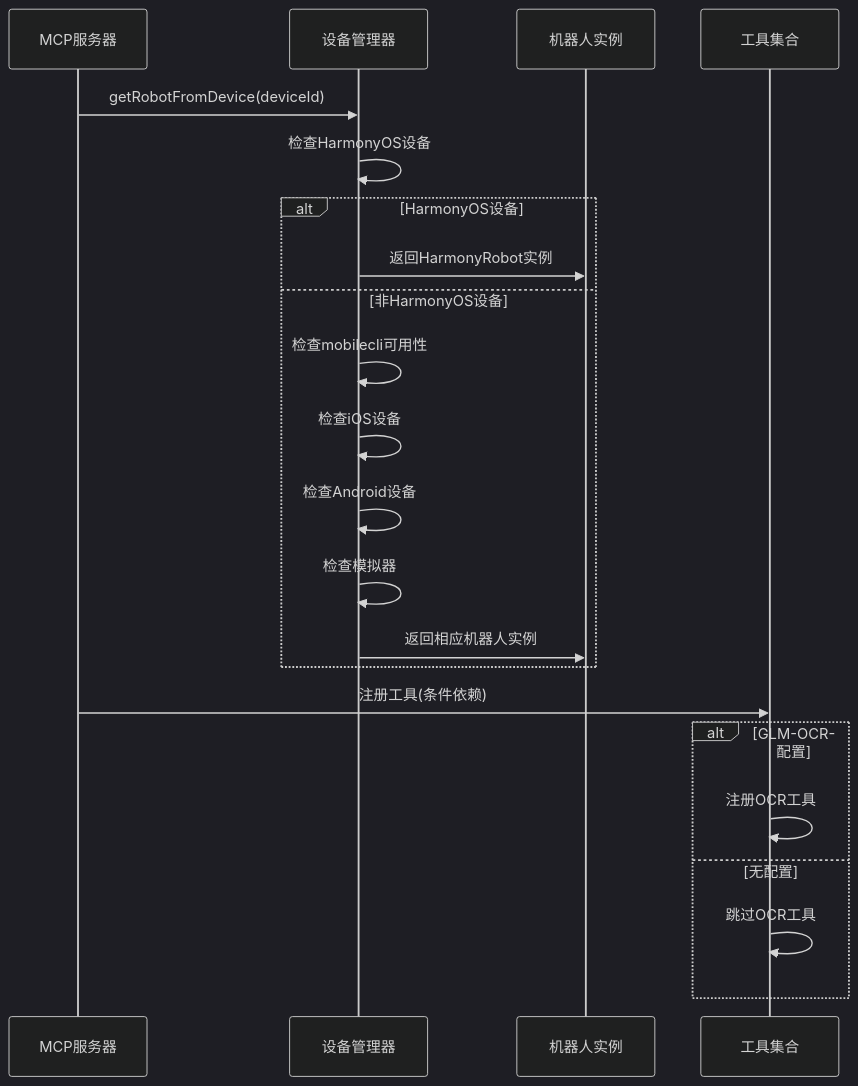
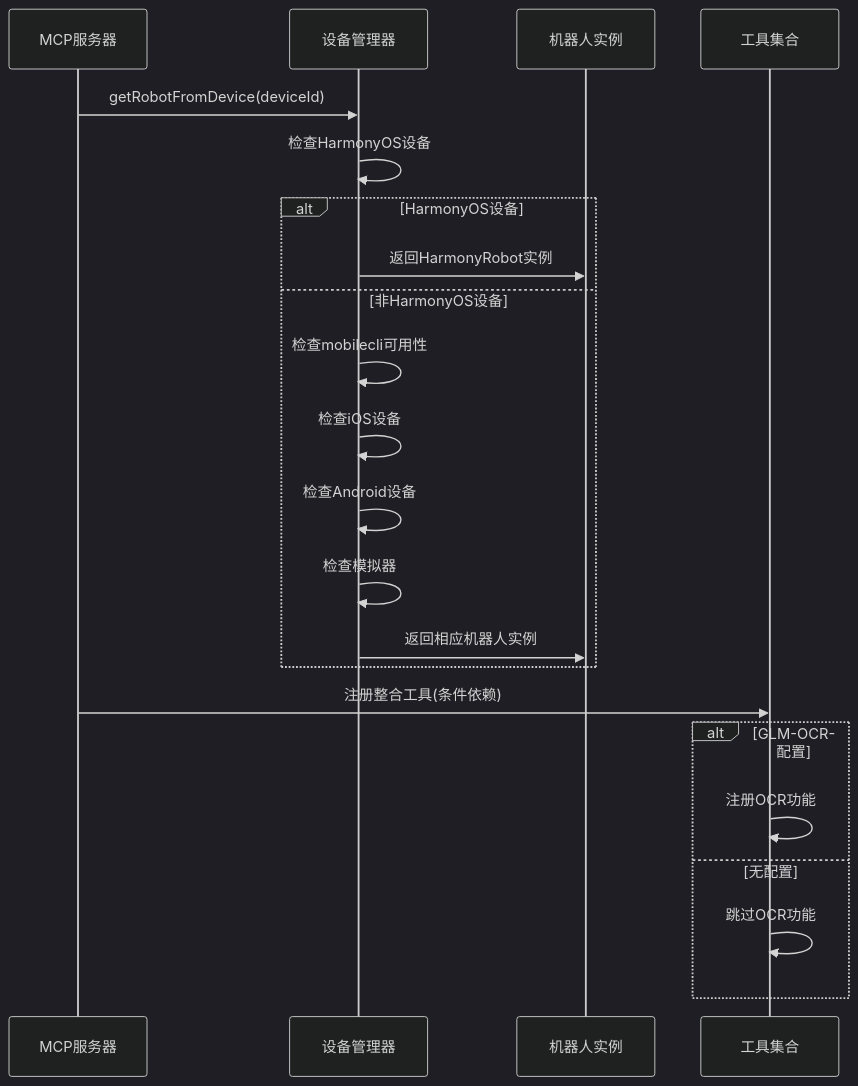
One commit to zedomi/mobile-mcp-hmos changed the sixth of 9 diagrams in .qoder/repowiki/zh/content/开发者指南/新平台扩展开发/MCP 工具注册/条件工具注册.md. Above: the diagram before and after it, drawn with Mermaid (dark theme). The commit also changed other lines of this file and 3 other files, not shown here.

````diff
--- a/.qoder/repowiki/zh/content/开发者指南/新平台扩展开发/MCP 工具注册/条件工具注册.md
+++ b/.qoder/repowiki/zh/content/开发者指南/新平台扩展开发/MCP 工具注册/条件工具注册.md
@@ -231,24 +243,24 @@
 ```mermaid
 sequenceDiagram
 participant Server as MCP服务器
 participant DeviceManager as 设备管理器
 participant Robot as 机器人实例
 participant Tools as 工具集合
 Server->>DeviceManager : getRobotFromDevice(deviceId)
 DeviceManager->>DeviceManager : 检查HarmonyOS设备
 alt HarmonyOS设备
 DeviceManager->>Robot : 返回HarmonyRobot实例
 else 非HarmonyOS设备
 DeviceManager->>DeviceManager : 检查mobilecli可用性
 DeviceManager->>DeviceManager : 检查iOS设备
 DeviceManager->>DeviceManager : 检查Android设备
 DeviceManager->>DeviceManager : 检查模拟器
 DeviceManager->>Robot : 返回相应机器人实例
 end
-Server->>Tools : 注册工具(条件依赖)
+Server->>Tools : 注册整合工具(条件依赖)
 alt GLM-OCR配置
-Tools->>Tools : 注册OCR工具
+Tools->>Tools : 注册OCR功能
 else 无配置
-Tools->>Tools : 跳过OCR工具
+Tools->>Tools : 跳过OCR功能
 end
 ```
````
